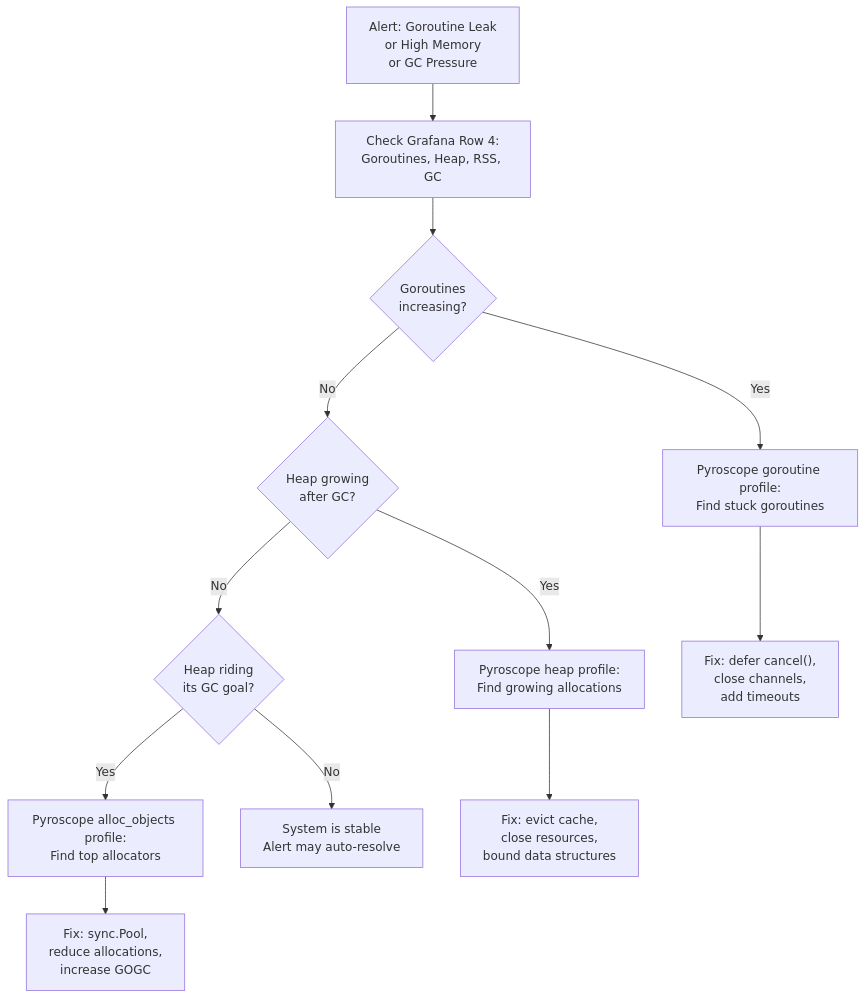
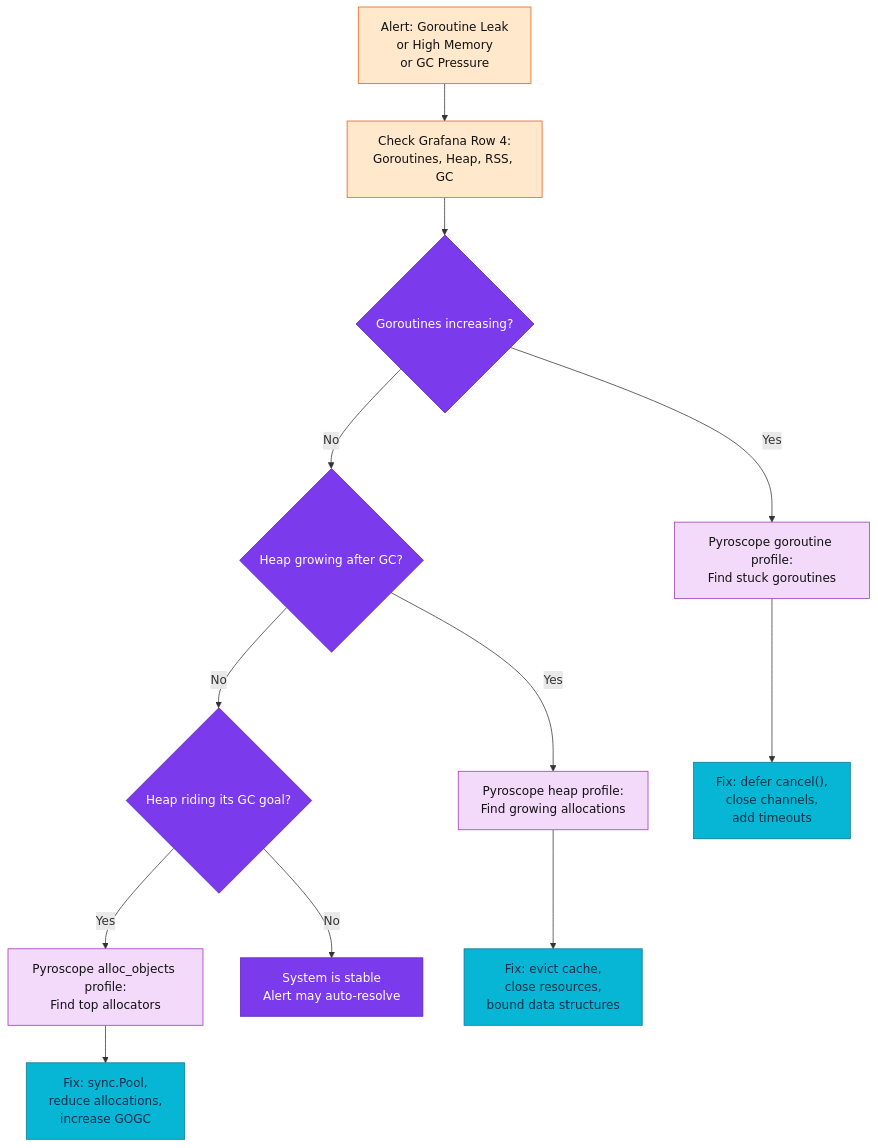
One commit to duynhlab/homelab changed the fifth of 5 diagrams in docs/observability/runbooks/microservices-alerts.md. Above: the diagram before and after it, drawn with Mermaid. The commit also changed other lines of this file and 33 other files, not shown here.

First line of the commit message:
Refresh observability diagrams (#516)

````diff
--- a/docs/observability/runbooks/microservices-alerts.md
+++ b/docs/observability/runbooks/microservices-alerts.md
@@ -696,18 +749,27 @@
 ```mermaid
 flowchart TD
     Start["Alert: Goroutine Leak\nor High Memory\nor GC Pressure"] --> CheckGrafana["Check Grafana Row 4:\nGoroutines, Heap, RSS, GC"]
 
-    CheckGrafana --> IsGoroutine{Goroutines\nincreasing?}
+    CheckGrafana --> IsGoroutine{"Goroutines increasing?"}
     IsGoroutine -->|Yes| CheckGoroutineProfile["Pyroscope goroutine profile:\nFind stuck goroutines"]
-    IsGoroutine -->|No| IsHeap{Heap growing\nafter GC?}
+    IsGoroutine -->|No| IsHeap{"Heap growing after GC?"}
 
     IsHeap -->|Yes| CheckHeapProfile["Pyroscope heap profile:\nFind growing allocations"]
-    IsHeap -->|No| IsGCHigh{Heap riding\nits GC goal?}
+    IsHeap -->|No| IsGCHigh{"Heap riding its GC goal?"}
 
     IsGCHigh -->|Yes| CheckAllocProfile["Pyroscope alloc_objects profile:\nFind top allocators"]
     IsGCHigh -->|No| StableState["System is stable\nAlert may auto-resolve"]
 
     CheckGoroutineProfile --> FixGoroutine["Fix: defer cancel(),\nclose channels,\nadd timeouts"]
     CheckHeapProfile --> FixMemory["Fix: evict cache,\nclose resources,\nbound data structures"]
     CheckAllocProfile --> FixAlloc["Fix: sync.Pool,\nreduce allocations,\nincrease GOGC"]
+
+    classDef metric fill:#ffe8cc,color:#111,stroke:#e8590c;
+    classDef profile fill:#f3d9fa,color:#111,stroke:#9c36b5;
+    classDef platform fill:#7c3aed,color:#fff,stroke:#5b21b6;
+    classDef service fill:#06b6d4,color:#082f49,stroke:#0e7490;
+    class Start,CheckGrafana metric;
+    class CheckGoroutineProfile,CheckHeapProfile,CheckAllocProfile profile;
+    class IsGoroutine,IsHeap,IsGCHigh,StableState platform;
+    class FixGoroutine,FixMemory,FixAlloc service;
 ```
````
